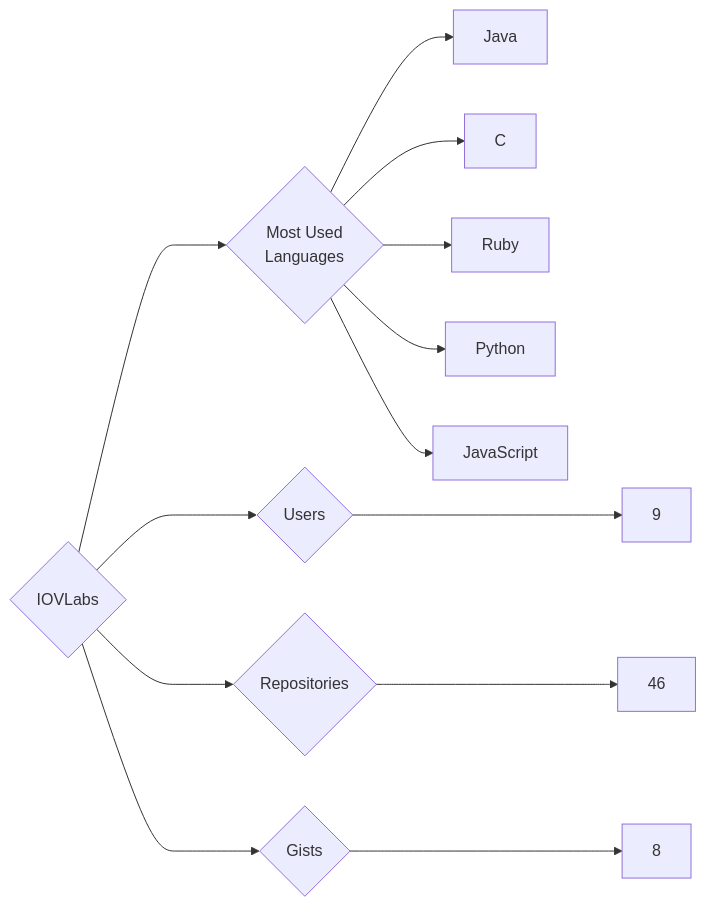
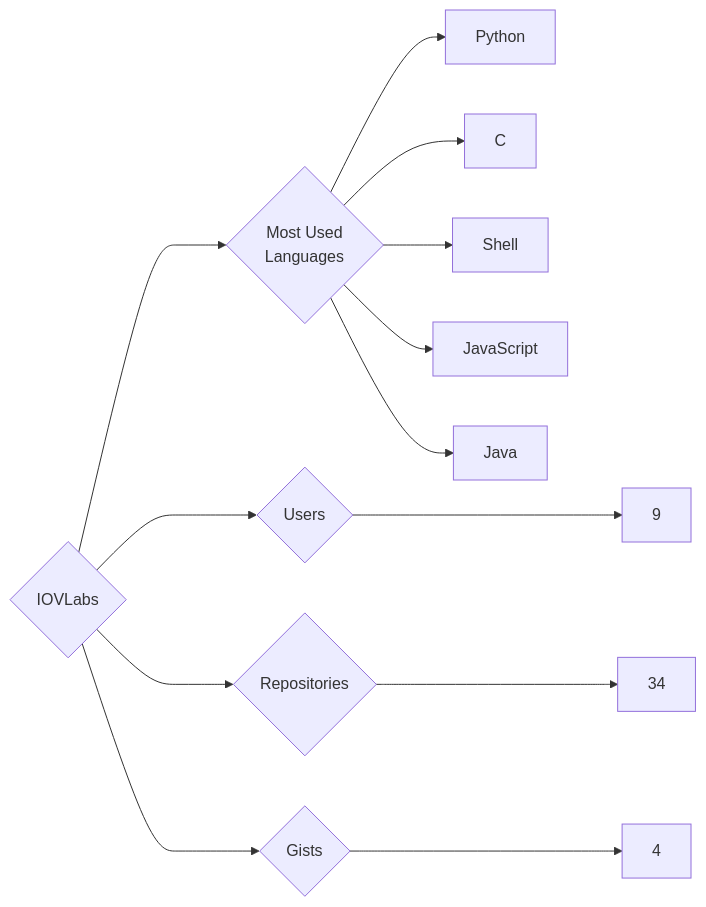
One commit to trickest/insiders changed the diagram in targets/IOVLabs/README.md. Above: the diagram before and after it, drawn with Mermaid. The commit also changed 1166 other files, not shown here.

````diff
--- a/targets/IOVLabs/README.md
+++ b/targets/IOVLabs/README.md
@@ -3,13 +3,13 @@
 ```mermaid
 graph LR
 COMPANY_NAME{IOVLabs}
 COMPANY_NAME ---> U{Users} ---> UN[9]
-COMPANY_NAME ---> R{Repositories} ---> RN[46]
-COMPANY_NAME ---> G{Gists} ---> GN[8]
+COMPANY_NAME ---> R{Repositories} ---> RN[34]
+COMPANY_NAME ---> G{Gists} ---> GN[4]
 COMPANY_NAME ---> ML{Most Used<br>Languages}
+ML --> Python[Python]
+ML --> C[C]
+ML --> Shell[Shell]
+ML --> JavaScript[JavaScript]
 ML --> Java[Java]
-ML --> C[C]
-ML --> Ruby[Ruby]
-ML --> Python[Python]
-ML --> JavaScript[JavaScript]
 ```
````
